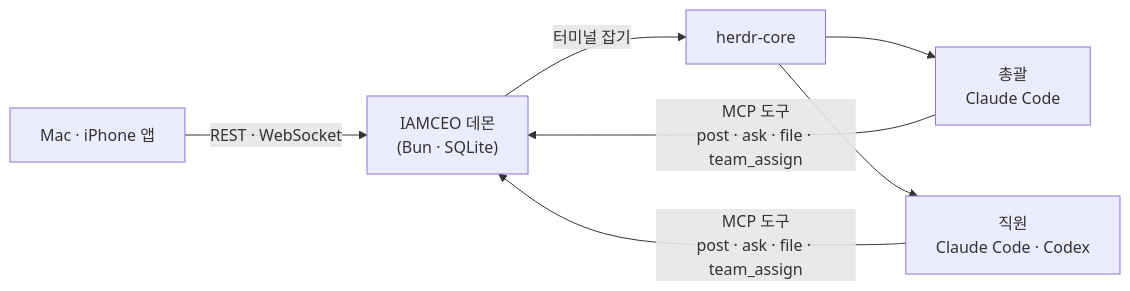
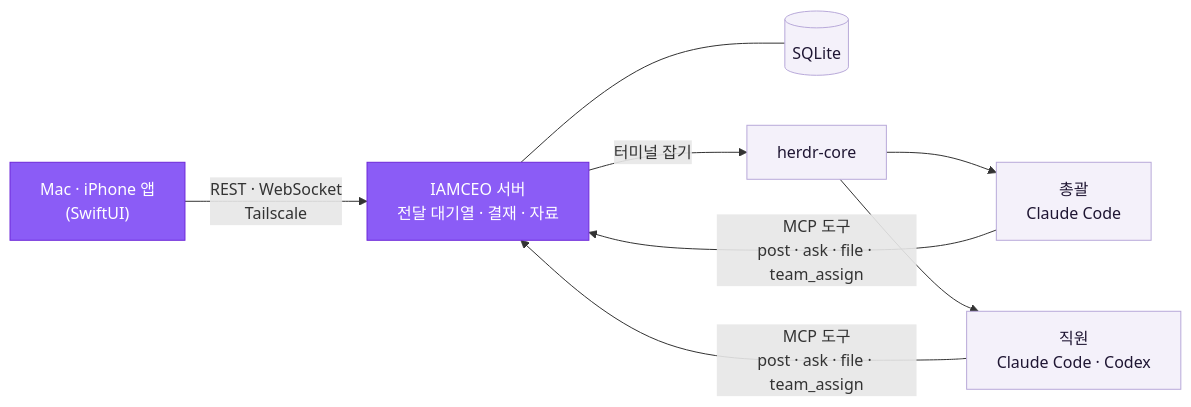
Before and after one commit to yehsung/IAMCEO: the diagram in README.ko.md, drawn with Mermaid. The commit also changed other lines of this file and 99 other files, not shown here.

````diff
--- a/README.ko.md
+++ b/README.ko.md
@@ -67,7 +70,12 @@
 ```mermaid
 flowchart LR
-    APP["Mac · iPhone 앱"] -- "REST · WebSocket" --> D["IAMCEO 데몬<br/>(Bun · SQLite)"]
+    APP["Mac · iPhone 앱<br/>(SwiftUI)"] -- "REST · WebSocket<br/>Tailscale" --> D["IAMCEO 서버<br/>전달 대기열 · 결재 · 자료"]
+    D --- DB[("SQLite")]
     D -- "터미널 잡기" --> CORE["herdr-core"]
     CORE --> L["총괄<br/>Claude Code"] & W["직원<br/>Claude Code · Codex"]
     L & W -- "MCP 도구<br/>post · ask · file · team_assign" --> D
+    classDef own fill:#8b5cf6,stroke:#6d28d9,color:#ffffff
+    classDef reuse fill:#f4f1fa,stroke:#b8a9d9,color:#1f1633
+    class APP,D own
+    class DB,CORE,L,W reuse
 ```
````
